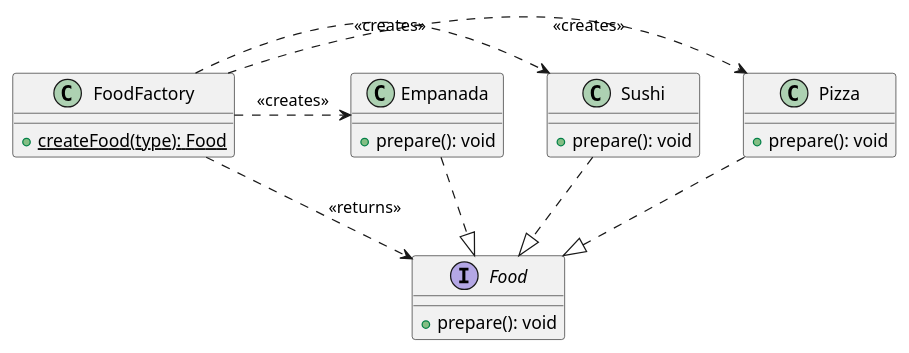
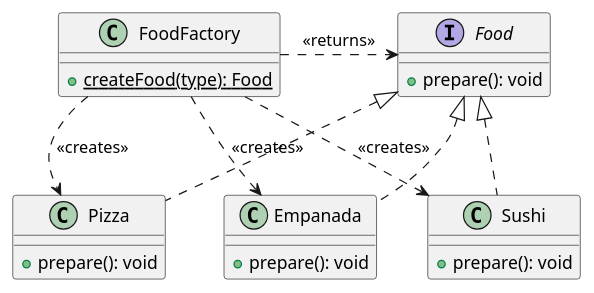
One commit to Byron2016/00_Documentacion_AyudasSubidasAGithub changed the first of 3 diagrams in AyudasSubidasAGithub/T_Patrones_JS.md. Above: the diagram before and after it, drawn with PlantUML. The commit also changed other lines of this file, not shown here.

````diff
--- a/AyudasSubidasAGithub/T_Patrones_JS.md
+++ b/AyudasSubidasAGithub/T_Patrones_JS.md
@@ -99,39 +99,39 @@
   ```plantuml
       @startuml
         skinparam style strict
 
         ' 1. Interface
         interface Food {
           + prepare(): void
         }
 
         ' 2. Clases Concretas y su relación de Realización (Implementación)
         class Pizza {
           + prepare(): void
         }
-        Pizza ..|> Food
+        Food <|.. Pizza
 
         class Sushi {
           + prepare(): void
         }
-        Sushi ..|> Food
+        Food <|.. Sushi
 
         class Empanada {
           + prepare(): void
         }
-        Empanada ..|> Food
+        Food <|.. Empanada
 
         ' 3. FoodFactory
         class FoodFactory {
           + {static} createFood(type): Food
         }
 
         ' 4. Relaciones de Dependencia del Factory
         ' El Factory depende de las clases concretas para instanciarlas.
         FoodFactory .> Pizza : <<creates>>
         FoodFactory .> Sushi : <<creates>>
         FoodFactory .> Empanada : <<creates>>
         ' El Factory depende de la interfaz Food para el tipo de retorno.
         FoodFactory .> Food : <<returns>>
       @enduml
   ```
````
